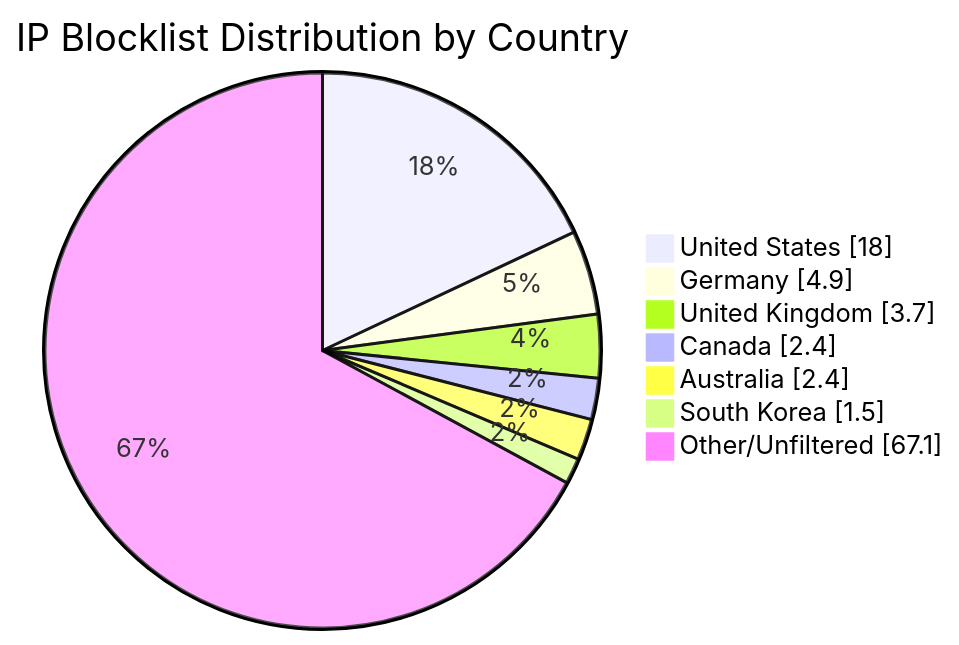
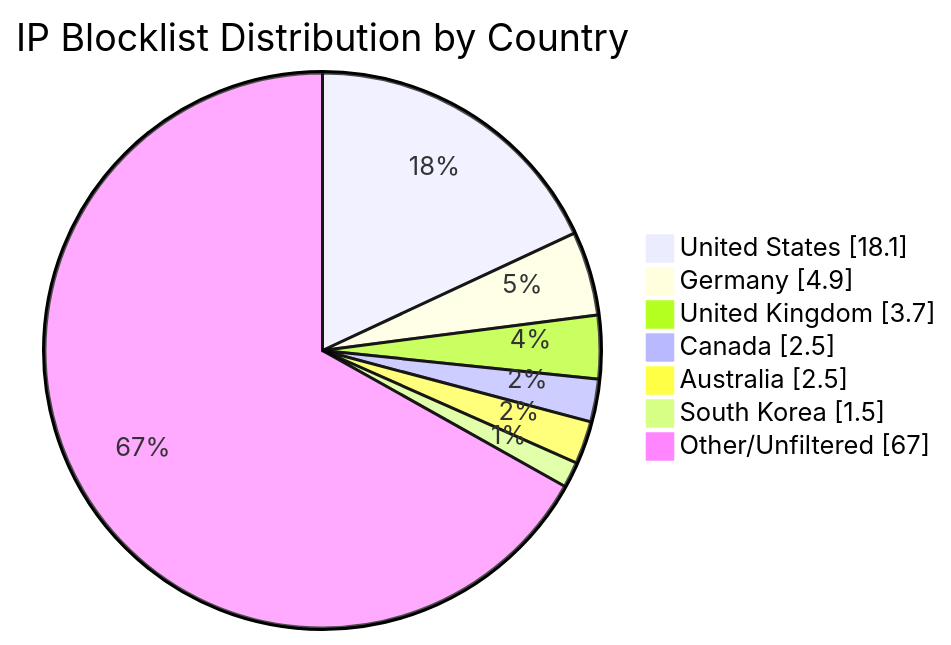
One commit to MarcusHoltz/ipblocklist-geofiltered-aggregator changed the diagram in README.md. Above: the diagram before and after it, drawn with Mermaid. The commit also changed other lines of this file and 9 other files, not shown here.

````diff
--- a/README.md
+++ b/README.md
@@ -34,10 +34,10 @@
 ```mermaid
 pie showData title IP Blocklist Distribution by Country
-"United States" : 18.0
+"United States" : 18.1
 "Germany" : 4.9
 "United Kingdom" : 3.7
-"Canada" : 2.4
-"Australia" : 2.4
+"Canada" : 2.5
+"Australia" : 2.5
 "South Korea" : 1.5
-"Other/Unfiltered" : 67.1
+"Other/Unfiltered" : 67.0
 ```
````
